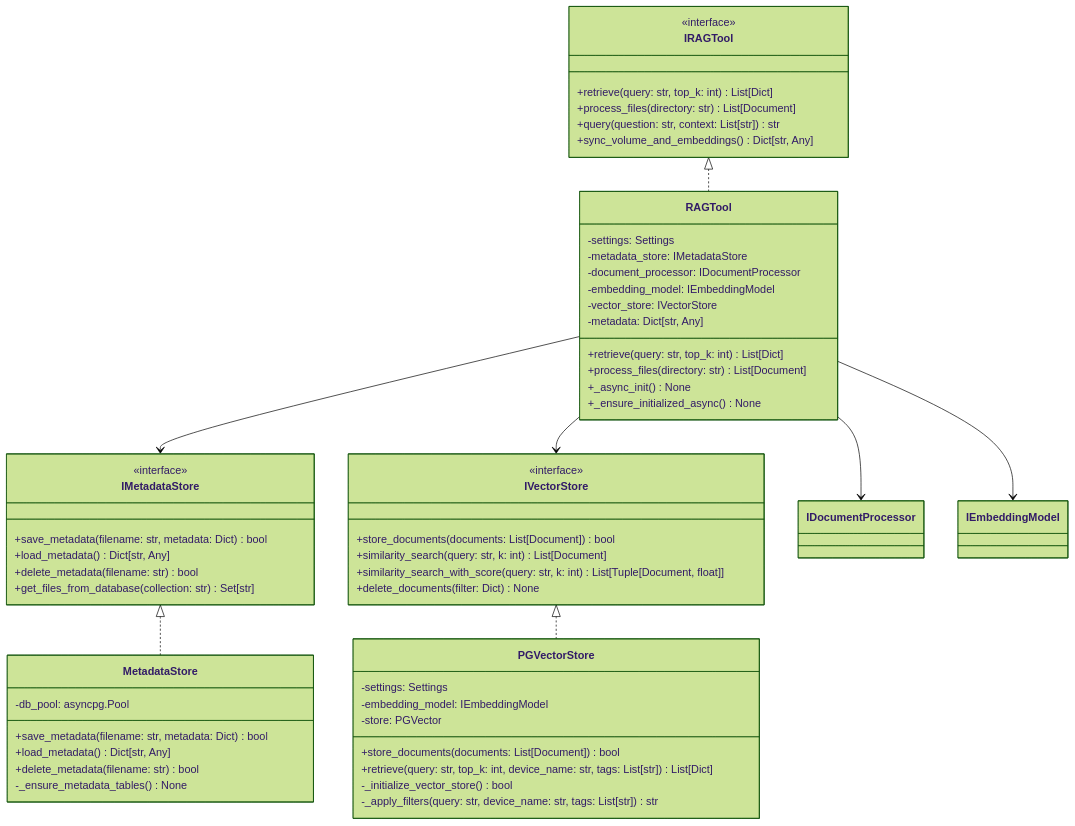
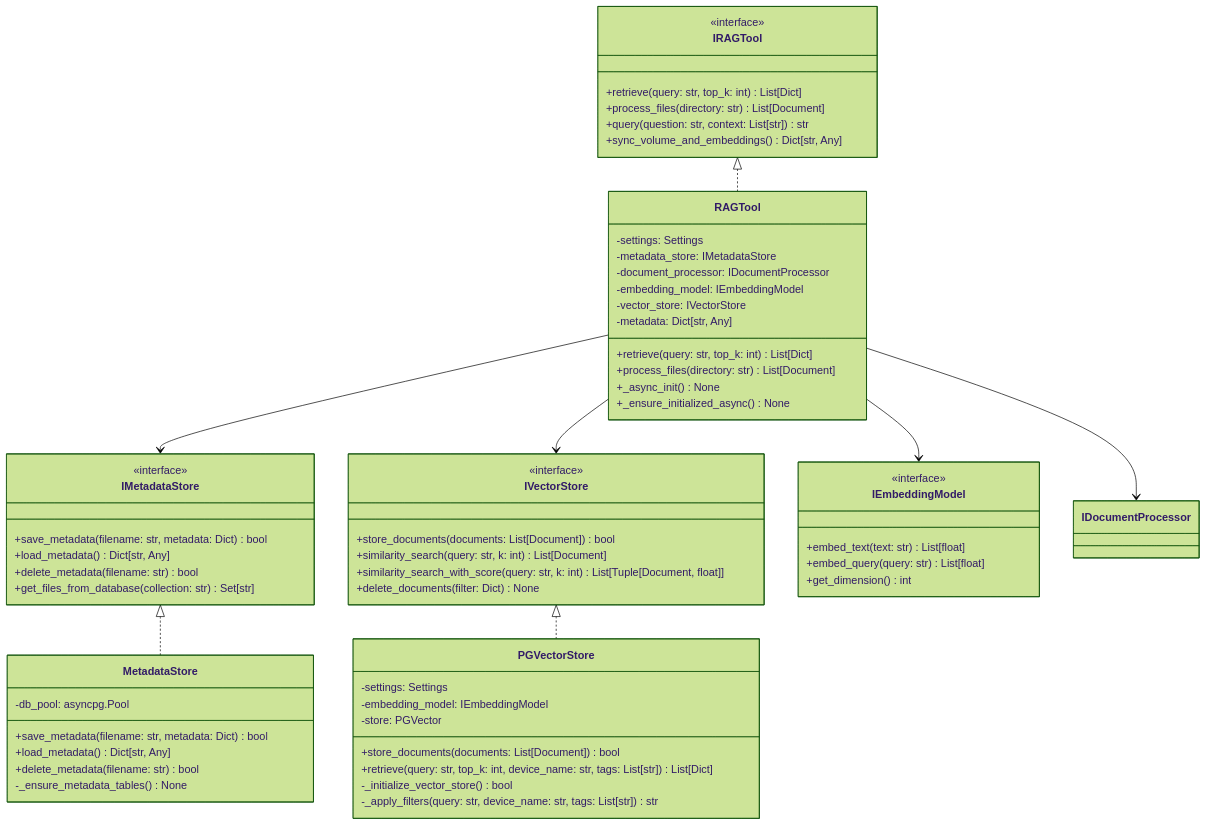
One commit to Pratham-Jain-3903/md-viewer changed the fourth of 25 diagrams in README.md. Above: the diagram before and after it, drawn with Mermaid (forest theme).

````diff
--- a/README.md
+++ b/README.md
@@ -318,65 +311,72 @@
 ```mermaid
 classDiagram
     class IRAGTool {
         <<interface>>
         +retrieve(query: str, top_k: int) List[Dict]
         +process_files(directory: str) List[Document]
         +query(question: str, context: List[str]) str
         +sync_volume_and_embeddings() Dict[str, Any]
     }
 
     class IVectorStore {
         <<interface>>
         +store_documents(documents: List[Document]) bool
         +similarity_search(query: str, k: int) List[Document]
         +similarity_search_with_score(query: str, k: int) List[Tuple[Document, float]]
         +delete_documents(filter: Dict) None
     }
 
     class IMetadataStore {
         <<interface>>
         +save_metadata(filename: str, metadata: Dict) bool
         +load_metadata() Dict[str, Any]
         +delete_metadata(filename: str) bool
         +get_files_from_database(collection: str) Set[str]
     }
 
     class RAGTool {
         -settings: Settings
         -metadata_store: IMetadataStore
         -document_processor: IDocumentProcessor
         -embedding_model: IEmbeddingModel
         -vector_store: IVectorStore
         -metadata: Dict[str, Any]
         +retrieve(query: str, top_k: int) List[Dict]
         +process_files(directory: str) List[Document]
         +_async_init() None
         +_ensure_initialized_async() None
     }
 
     class PGVectorStore {
         -settings: Settings
         -embedding_model: IEmbeddingModel
         -store: PGVector
         +store_documents(documents: List[Document]) bool
         +retrieve(query: str, top_k: int, device_name: str, tags: List[str]) List[Dict]
         -_initialize_vector_store() bool
         -_apply_filters(query: str, device_name: str, tags: List[str]) str
     }
 
+   class IEmbeddingModel {
+        <<interface>>
+        +embed_text(text: str) List[float]
+        +embed_query(query: str) List[float]
+        +get_dimension() int
+    }
+
     class MetadataStore {
         -db_pool: asyncpg.Pool
         +save_metadata(filename: str, metadata: Dict) bool
         +load_metadata() Dict[str, Any]
         +delete_metadata(filename: str) bool
         -_ensure_metadata_tables() None
     }
 
     IRAGTool <|.. RAGTool
     IVectorStore <|.. PGVectorStore
     IMetadataStore <|.. MetadataStore
     RAGTool --> IMetadataStore
     RAGTool --> IVectorStore
     RAGTool --> IDocumentProcessor
     RAGTool --> IEmbeddingModel
 ```
````
